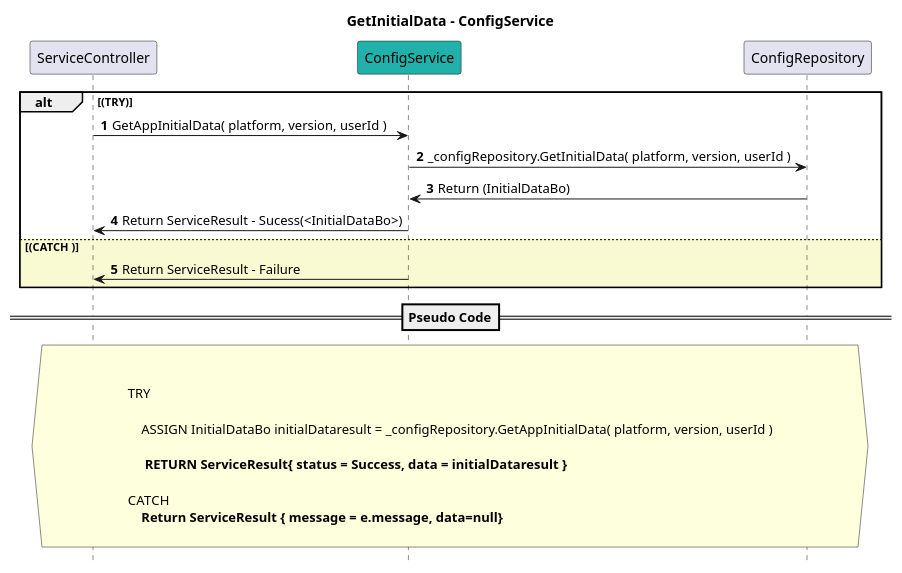
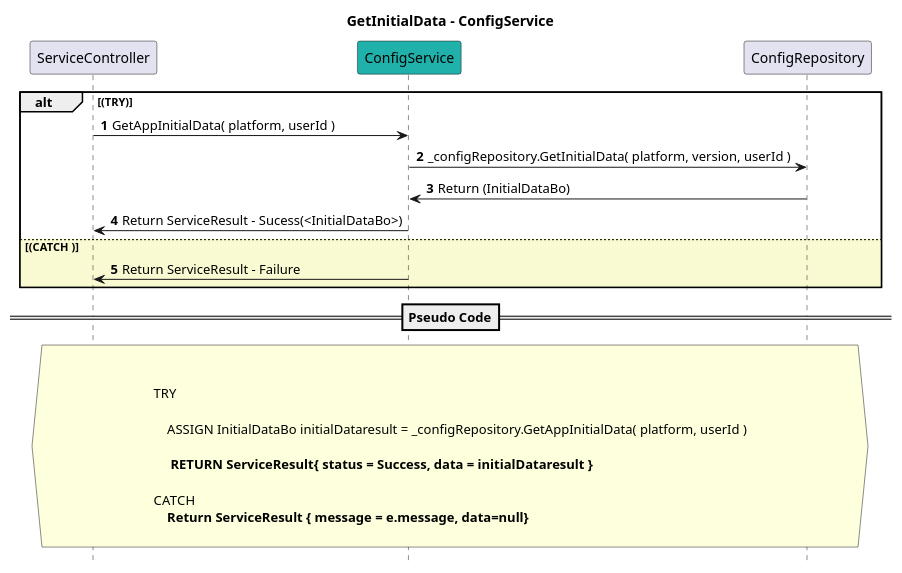
One commit to nainamuhammed/foodie-service changed the diagram in Restaurant_Web_Api/Services/Config/Design/GetInitialData.puml. Above: the diagram before and after it, drawn with PlantUML. The commit also changed 14 other files, not shown here.

```diff
--- a/Restaurant_Web_Api/Services/Config/Design/GetInitialData.puml
+++ b/Restaurant_Web_Api/Services/Config/Design/GetInitialData.puml
@@ -1,43 +1,43 @@
 @startuml
 title GetInitialData - ConfigService
 autonumber
 hide footbox
 
 participant ServiceController
 participant ConfigService #LightSeaGreen
 participant ConfigRepository
 
     
 alt (TRY)
-    ServiceController -> ConfigService : GetAppInitialData( platform, version, userId )
+    ServiceController -> ConfigService : GetAppInitialData( platform, userId )
     ConfigService -> ConfigRepository : _configRepository.GetInitialData( platform, version, userId )
     
 
     
         ConfigRepository -> ConfigService : Return (InitialDataBo)
 
 
     ConfigService -> ServiceController : Return ServiceResult - Sucess(<InitialDataBo>)
     
 else #LightGoldenRodYellow (CATCH ) 
 
     ConfigService -> ServiceController : Return ServiceResult - Failure
 end
 
 ==Pseudo Code==
 hnote across
 
 
 TRY
 
-    ASSIGN InitialDataBo initialDataresult = _configRepository.GetAppInitialData( platform, version, userId )
+    ASSIGN InitialDataBo initialDataresult = _configRepository.GetAppInitialData( platform, userId )
     
     ** RETURN ServiceResult{ status = Success, data = initialDataresult } ** 
        
 CATCH
     **Return ServiceResult { message = e.message, data=null}**
     
 end note
 
 
 @enduml
```
